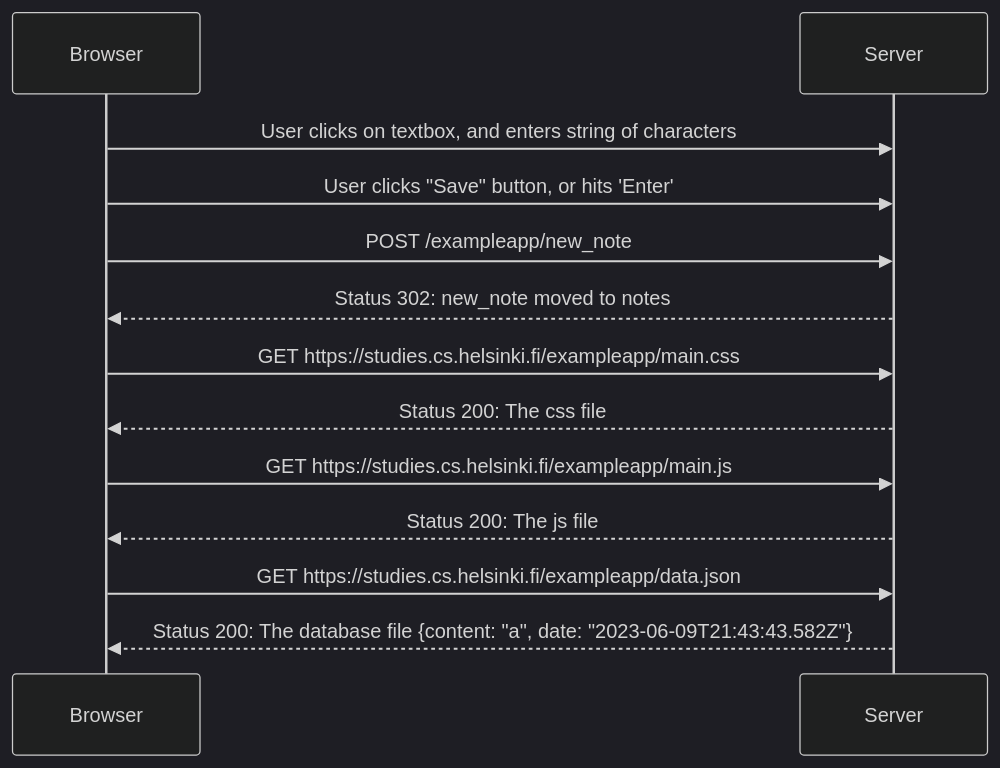
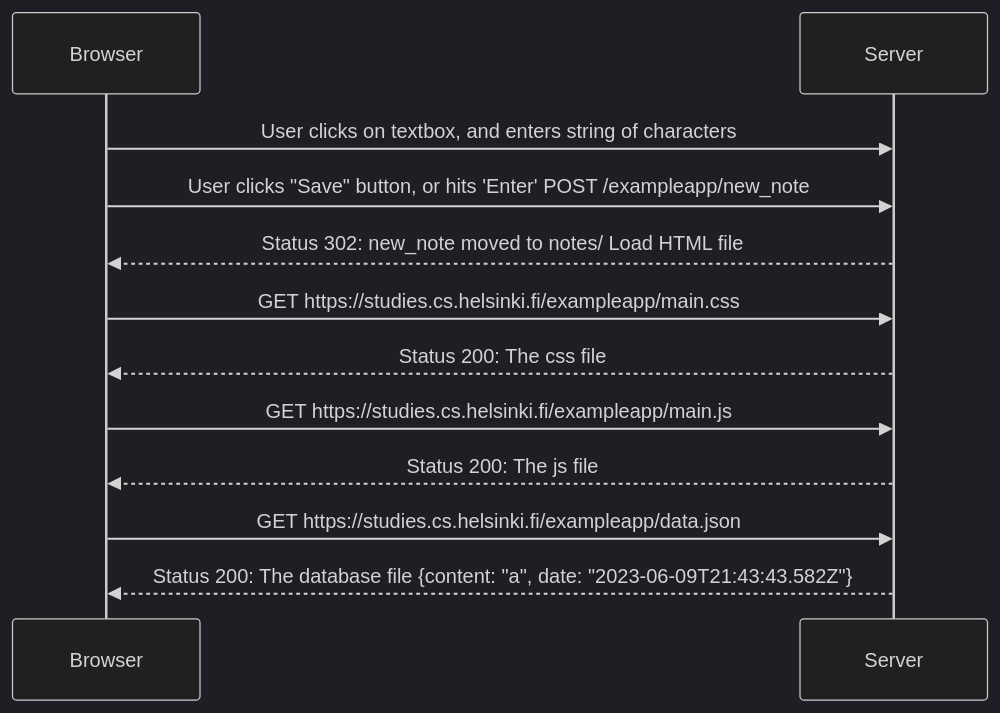
Before and after one commit to mkauff1/FullStackOpen: the diagram in part0/04.md, drawn with Mermaid (dark theme).

Commit message:
condense line

````diff
--- a/part0/04.md
+++ b/part0/04.md
@@ -1,13 +1,12 @@
 ```mermaid
 sequenceDiagram
 Browser->>Server: User clicks on textbox, and enters string of characters
-Browser->>Server: User clicks "Save" button, or hits 'Enter'
-Browser->>Server: POST /exampleapp/new_note
-Server-->>Browser:  Status 302: new_note moved to notes
+Browser->>Server: User clicks "Save" button, or hits 'Enter'  POST /exampleapp/new_note
+Server-->>Browser:  Status 302: new_note moved to notes/ Load HTML file
 Browser->>Server: GET https://studies.cs.helsinki.fi/exampleapp/main.css
 Server-->>Browser:  Status 200: The css file
 Browser->>Server: GET https://studies.cs.helsinki.fi/exampleapp/main.js
 Server-->>Browser:  Status 200: The js file
 Browser->>Server: GET https://studies.cs.helsinki.fi/exampleapp/data.json
 Server-->>Browser:  Status 200: The database file {content: "a", date: "2023-06-09T21:43:43.582Z"}
 ```
````
